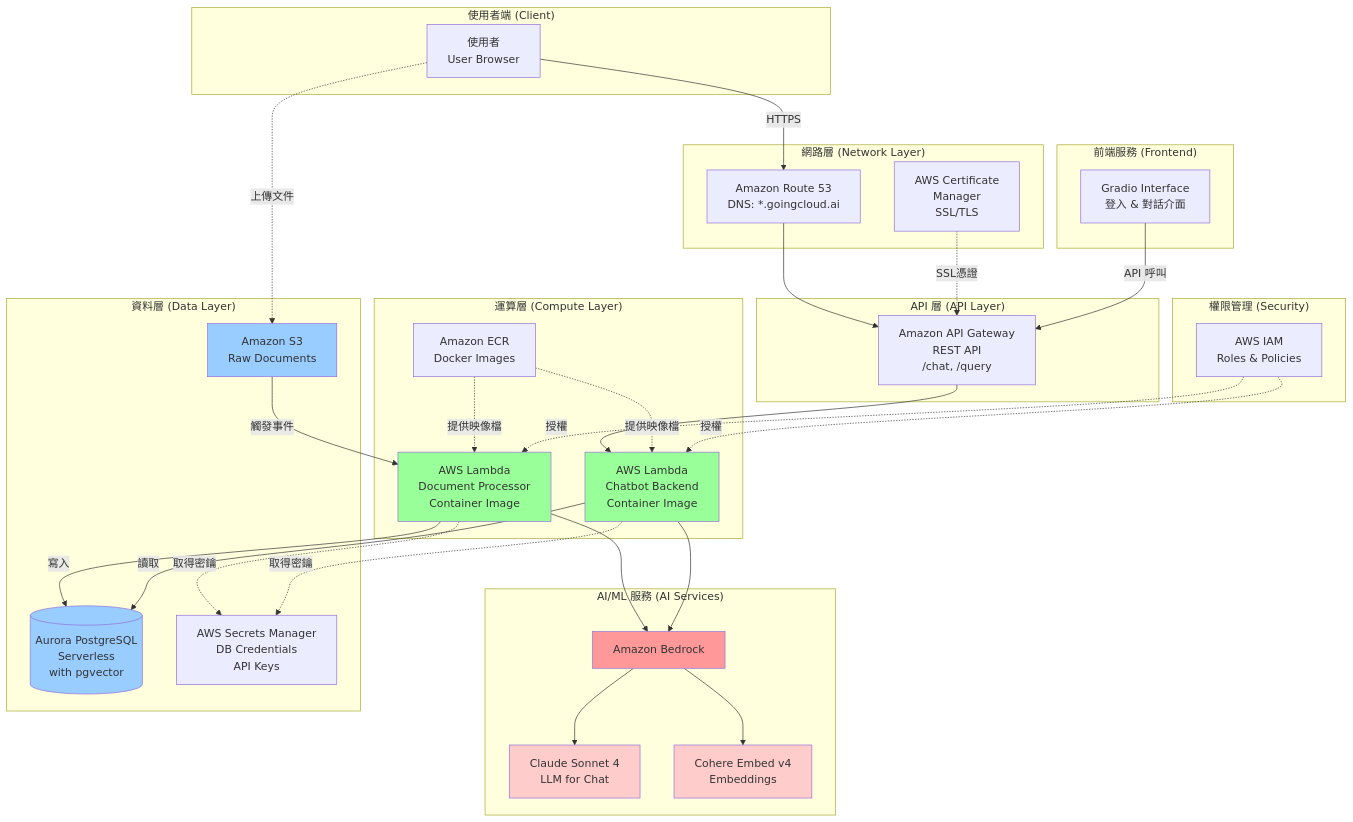
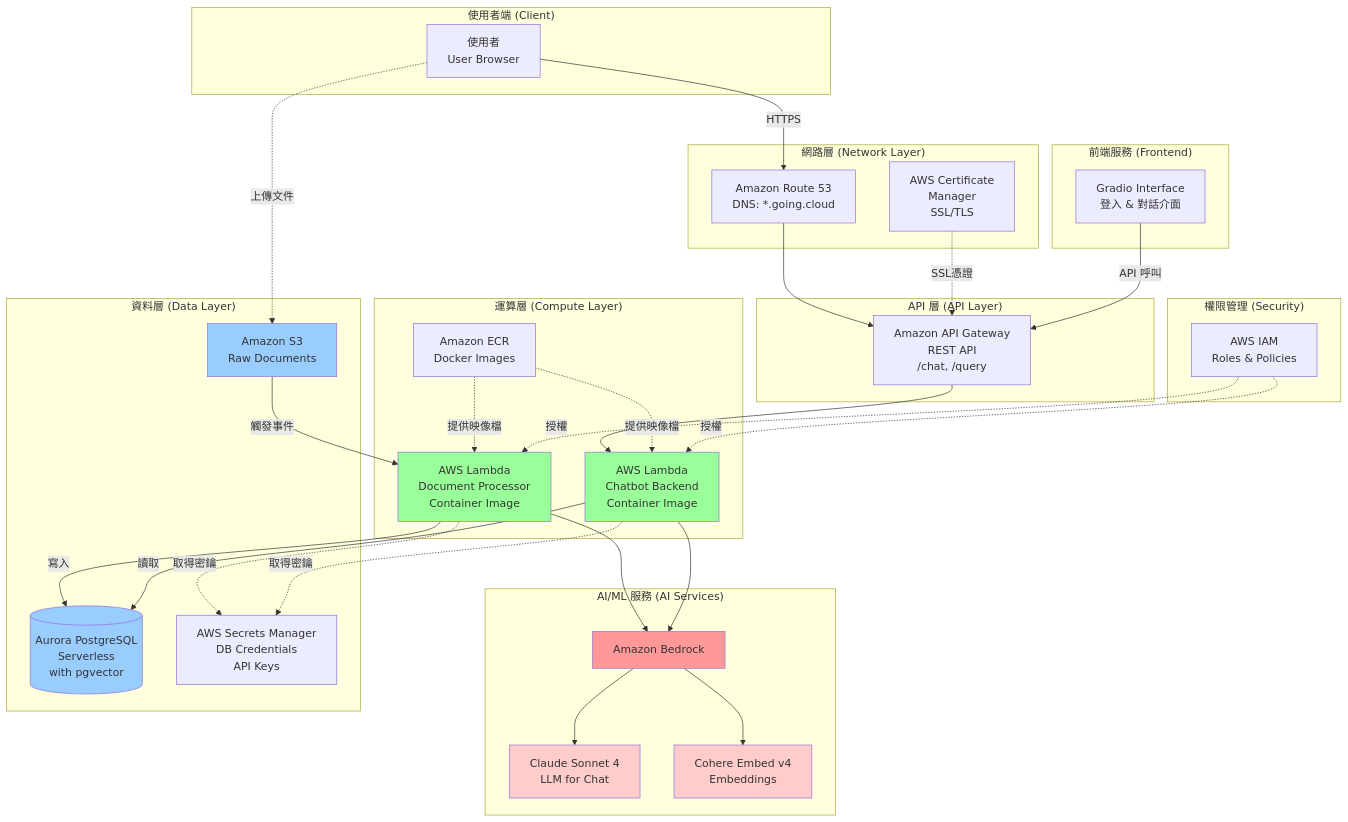
The second of 3 diagrams in docs/architecture.md (tttingzhang999/chatbot-with-rag), drawn with Mermaid before and after one commit. The commit also changed other lines of this file and 42 other files, not shown here.

````diff
--- a/docs/architecture.md
+++ b/docs/architecture.md
@@ -64,77 +64,77 @@
 ```mermaid
 graph TB
     subgraph "使用者端 (Client)"
         U[使用者<br/>User Browser]
     end
 
     subgraph "網路層 (Network Layer)"
-        R53[Amazon Route 53<br/>DNS: *.goingcloud.ai]
+        R53[Amazon Route 53<br/>DNS: *.going.cloud]
         ACM[AWS Certificate<br/>Manager<br/>SSL/TLS]
     end
 
     subgraph "API 層 (API Layer)"
         APIGW[Amazon API Gateway<br/>REST API<br/>/chat, /query]
     end
 
     subgraph "運算層 (Compute Layer)"
         ECR[Amazon ECR<br/>Docker Images]
         LAMBDA1[AWS Lambda<br/>Document Processor<br/>Container Image]
         LAMBDA2[AWS Lambda<br/>Chatbot Backend<br/>Container Image]
     end
 
     subgraph "AI/ML 服務 (AI Services)"
         BEDROCK[Amazon Bedrock]
         CLAUDE[Claude Sonnet 4<br/>LLM for Chat]
         COHERE[Cohere Embed v4<br/>Embeddings]
     end
 
     subgraph "資料層 (Data Layer)"
         S3[Amazon S3<br/>Raw Documents]
         AURORA[(Aurora PostgreSQL<br/>Serverless<br/>with pgvector)]
         SECRETS[AWS Secrets Manager<br/>DB Credentials<br/>API Keys]
     end
 
     subgraph "權限管理 (Security)"
         IAM[AWS IAM<br/>Roles & Policies]
     end
 
     subgraph "前端服務 (Frontend)"
         GRADIO[Gradio Interface<br/>登入 & 對話介面]
     end
 
     %% 連接關係
     U -->|HTTPS| R53
     R53 --> APIGW
     ACM -.SSL憑證.-> APIGW
     APIGW --> LAMBDA2
 
     U -.上傳文件.-> S3
     S3 -->|觸發事件| LAMBDA1
 
     ECR -.提供映像檔.-> LAMBDA1
     ECR -.提供映像檔.-> LAMBDA2
 
     LAMBDA1 --> BEDROCK
     LAMBDA2 --> BEDROCK
     BEDROCK --> CLAUDE
     BEDROCK --> COHERE
 
     LAMBDA1 -->|寫入| AURORA
     LAMBDA2 -->|讀取| AURORA
 
     LAMBDA1 -.取得密鑰.-> SECRETS
     LAMBDA2 -.取得密鑰.-> SECRETS
 
     IAM -.授權.-> LAMBDA1
     IAM -.授權.-> LAMBDA2
 
     GRADIO -->|API 呼叫| APIGW
 
     style BEDROCK fill:#ff9999
     style CLAUDE fill:#ffcccc
     style COHERE fill:#ffcccc
     style AURORA fill:#99ccff
     style S3 fill:#99ccff
     style LAMBDA1 fill:#99ff99
     style LAMBDA2 fill:#99ff99
 ```
````
